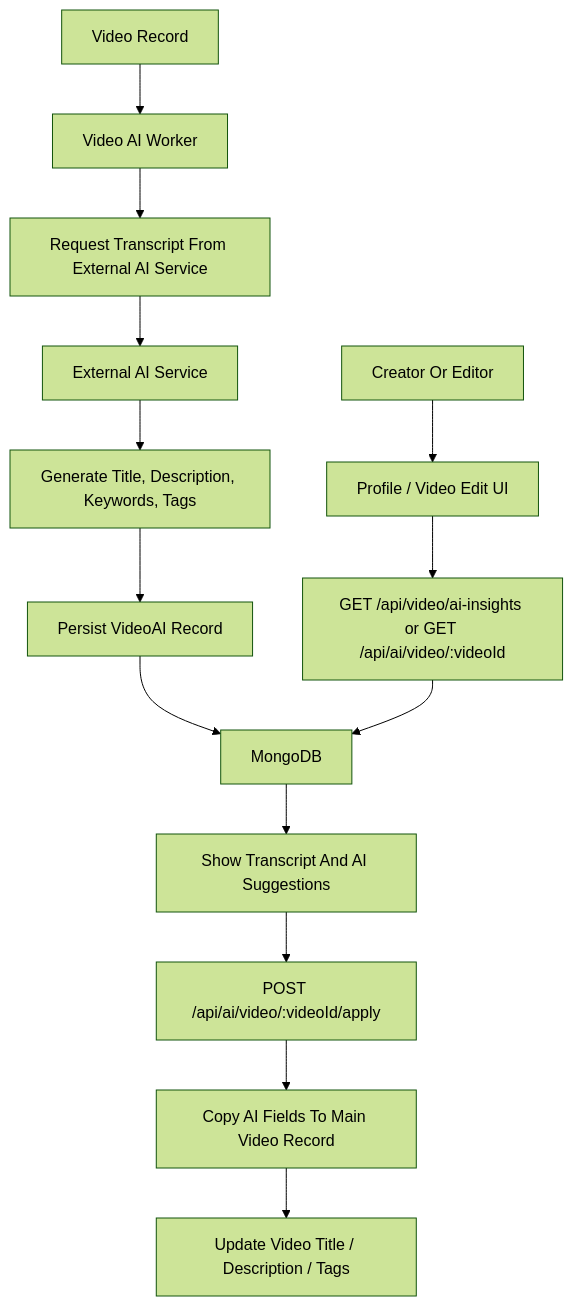
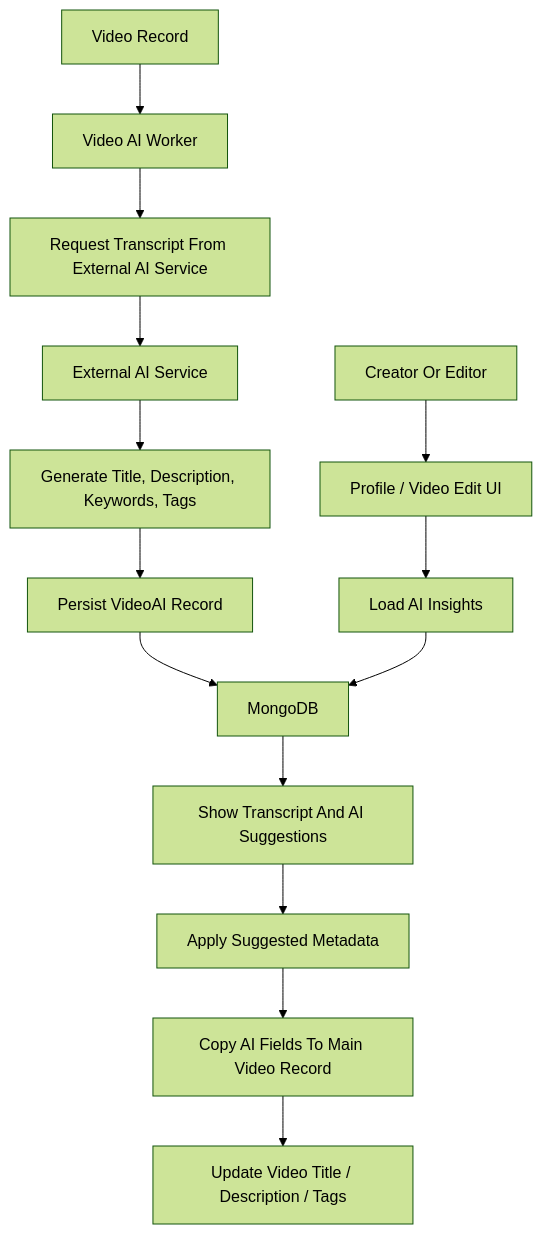
One commit to samakshrastogi/SK-MediaFlow changed the eighth of 11 diagrams in README.md. Above: the diagram before and after it, drawn with Mermaid (forest theme). The commit also changed other lines of this file, not shown here.

````diff
--- a/README.md
+++ b/README.md
@@ -331,18 +331,18 @@
 ```mermaid
 flowchart TD
     V["Video Record"] --> JOB["Video AI Worker"]
     JOB --> TRANS["Request Transcript From External AI Service"]
     TRANS --> EXT["External AI Service"]
     EXT --> META["Generate Title, Description, Keywords, Tags"]
     META --> SAVE["Persist VideoAI Record"]
     SAVE --> DB["MongoDB"]
 
     U["Creator Or Editor"] --> PROFILE["Profile / Video Edit UI"]
-    PROFILE --> READ["GET /api/video/ai-insights or GET /api/ai/video/:videoId"]
+    PROFILE --> READ["Load AI Insights"]
     READ --> DB
     DB --> SUGGEST["Show Transcript And AI Suggestions"]
 
-    SUGGEST --> APPLY["POST /api/ai/video/:videoId/apply"]
+    SUGGEST --> APPLY["Apply Suggested Metadata"]
     APPLY --> MERGE["Copy AI Fields To Main Video Record"]
     MERGE --> DB2["Update Video Title / Description / Tags"]
 ```
````
